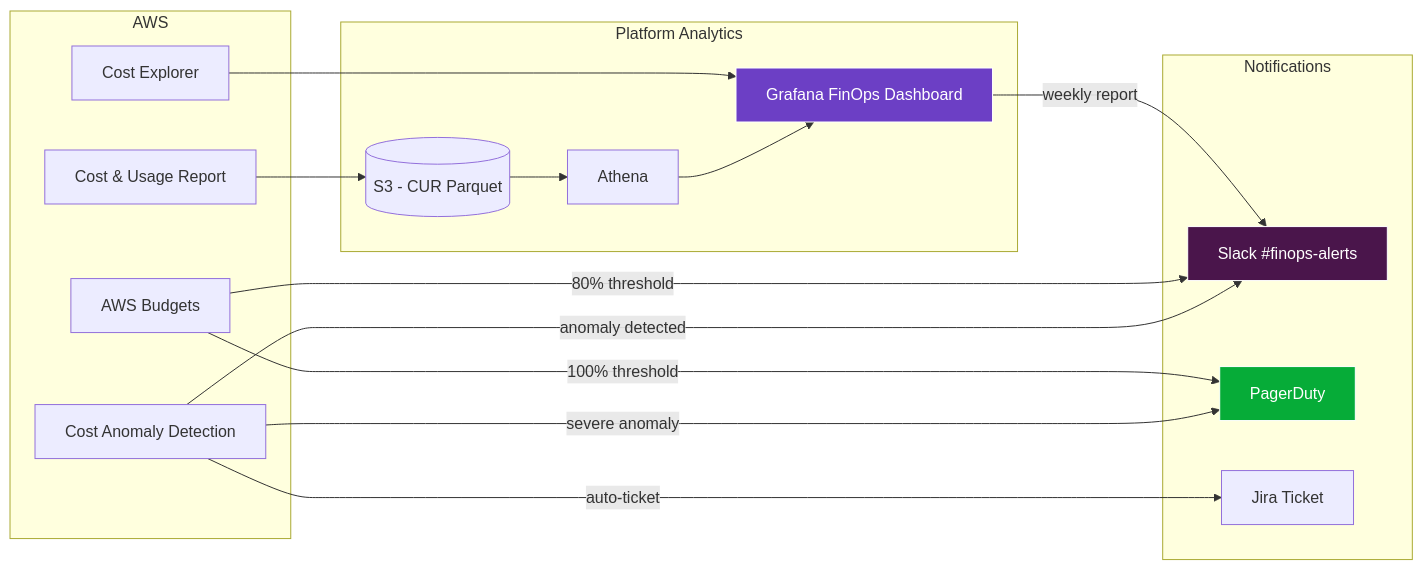
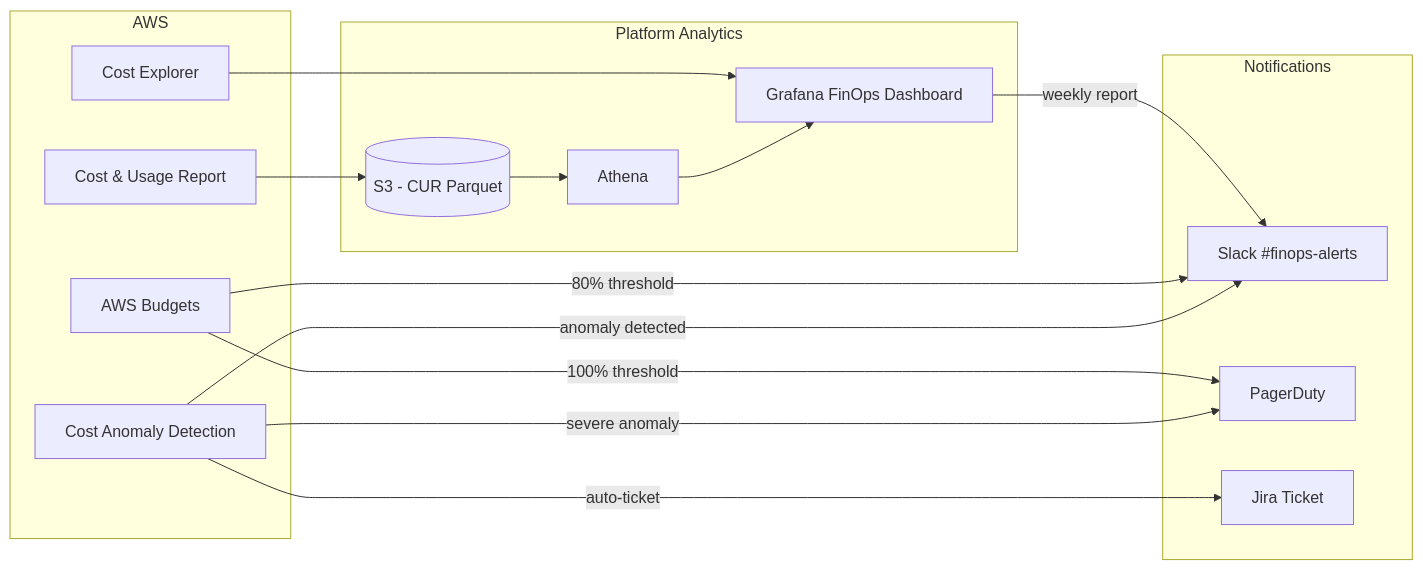
Before and after one commit to rishikeshdhokare/platform-manifesto: the second of 3 diagrams in 04-infrastructure-and-cloud/05-finops.md, drawn with Mermaid. The commit also changed other lines of this file and 14 other files, not shown here.

First line of the commit message:
fix: remove mermaid style directives (119 lines across 15 files)

````diff
--- a/04-infrastructure-and-cloud/05-finops.md
+++ b/04-infrastructure-and-cloud/05-finops.md
@@ -118,34 +115,31 @@
 ```mermaid
 flowchart LR
     subgraph AWS
         CUR[Cost & Usage Report]
         CE[Cost Explorer]
         CAD[Cost Anomaly Detection]
         AB[AWS Budgets]
     end
 
     subgraph Platform Analytics
         S3[(S3 - CUR Parquet)]
         ATH[Athena]
         GF[Grafana FinOps Dashboard]
     end
 
     subgraph Notifications
         SL[Slack #finops-alerts]
         PD[PagerDuty]
         JR[Jira Ticket]
     end
 
     CUR --> S3 --> ATH --> GF
     CE --> GF
     CAD -->|anomaly detected| SL
     CAD -->|severe anomaly| PD
     AB -->|80% threshold| SL
     AB -->|100% threshold| PD
     GF -->|weekly report| SL
     CAD -->|auto-ticket| JR
 
-    style GF fill:#6C3FC5,stroke:#fff,color:#fff
-    style SL fill:#4A154B,stroke:#fff,color:#fff
-    style PD fill:#06AC38,stroke:#fff,color:#fff
 ```
````
